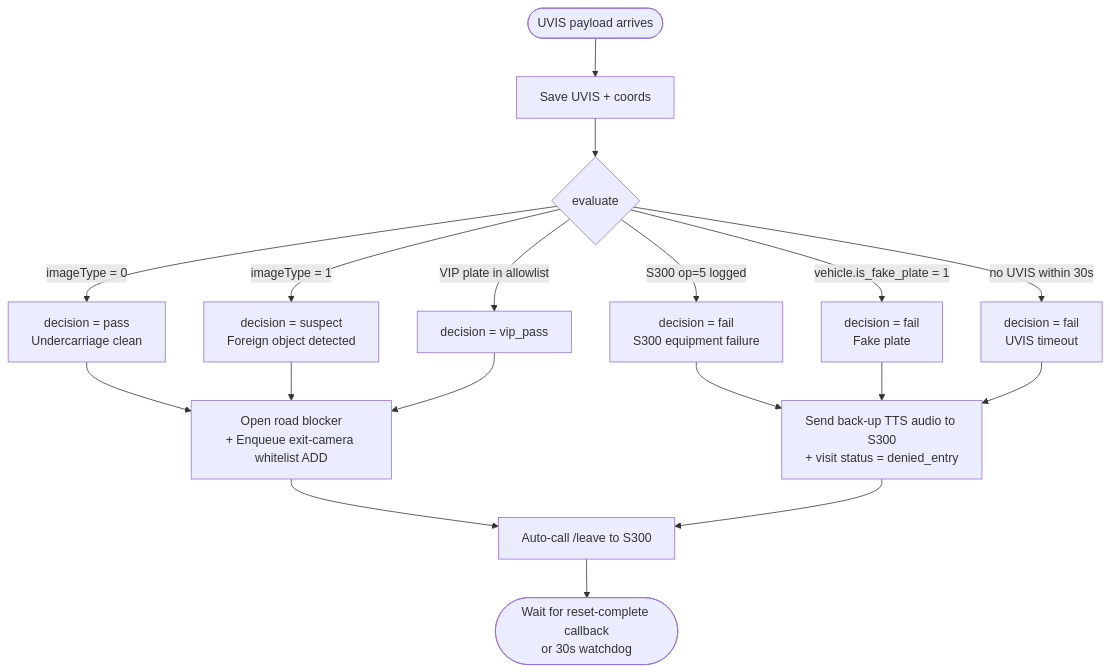
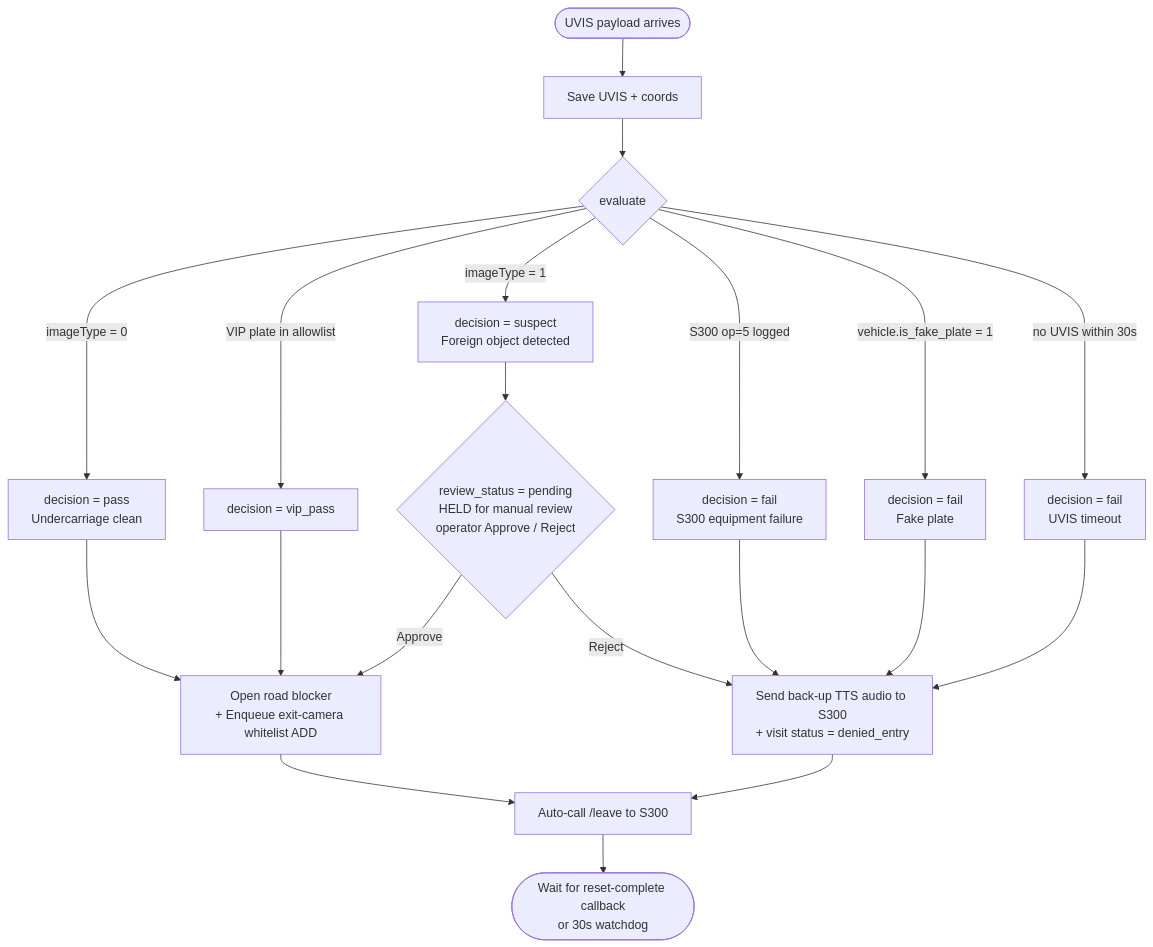
One commit to synnnric/anpr changed the fourth of 5 diagrams in docs/ARCHITECTURE.md. Above: the diagram before and after it, drawn with Mermaid. The commit also changed other lines of this file and 4 other files, not shown here.

````diff
--- a/docs/ARCHITECTURE.md
+++ b/docs/ARCHITECTURE.md
@@ -156,23 +161,25 @@
 ```mermaid
 flowchart TD
   start([UVIS payload arrives]) --> uvisSaved[Save UVIS + coords]
   uvisSaved --> evalDec{evaluate}
   evalDec -->|VIP plate in allowlist| vipPass[decision = vip_pass]
   evalDec -->|S300 op=5 logged| eqFail[decision = fail<br/>S300 equipment failure]
   evalDec -->|vehicle.is_fake_plate = 1| fakeFail[decision = fail<br/>Fake plate]
   evalDec -->|imageType = 0| pass[decision = pass<br/>Undercarriage clean]
   evalDec -->|imageType = 1| suspect[decision = suspect<br/>Foreign object detected]
   evalDec -->|no UVIS within 30s| timeoutFail[decision = fail<br/>UVIS timeout]
 
   pass --> action1
-  suspect --> action1
   vipPass --> action1
+  suspect --> review{review_status = pending<br/>HELD for manual review<br/>operator Approve / Reject}
+  review -->|Approve| action1
+  review -->|Reject| action2
   action1[Open road blocker<br/>+ Enqueue exit-camera whitelist ADD] --> autoLeave
 
   eqFail --> action2
   fakeFail --> action2
   timeoutFail --> action2
   action2[Send back-up TTS audio to S300<br/>+ visit status = denied_entry] --> autoLeave
 
   autoLeave[Auto-call /leave to S300] --> finish([Wait for reset-complete callback<br/>or 30s watchdog])
 ```
````
